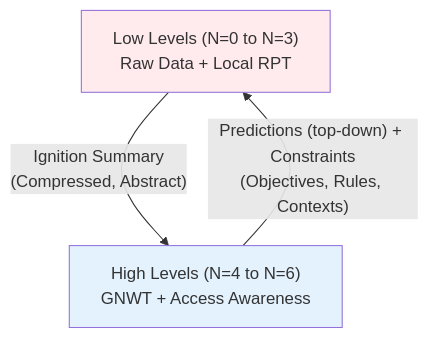
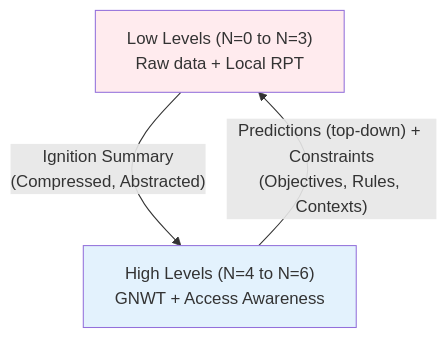
Before and after one commit to AlainCo/GNWT-Garrigue-X-en: the first of 9 diagrams in architecture/architecture.md, drawn with Mermaid. The commit also changed other lines of this file and 10 other files, not shown here.

````diff
--- a/architecture/architecture.md
+++ b/architecture/architecture.md
@@ -5,12 +5,12 @@
 ```mermaid
 flowchart TD
     direction TB
 
-    Bas["Low Levels (N=0 to N=3)\nRaw Data + Local RPT"] 
-    -->|"Ignition Summary\n(Compressed, Abstract)"| Haut["High Levels (N=4 to N=6)\nGNWT + Access Awareness"]
+    Bas["Low Levels (N=0 to N=3)\nRaw data + Local RPT"] 
+    -->|"Ignition Summary\n(Compressed, Abstracted)"| Haut["High Levels (N=4 to N=6)\nGNWT + Access Awareness"]
 
     Haut -->|"Predictions (top-down) + Constraints\n(Objectives, Rules, Contexts)"| Bas
 
     style Bas fill:#ffebee
     style Haut fill:#e3f2fd
 ```
````
